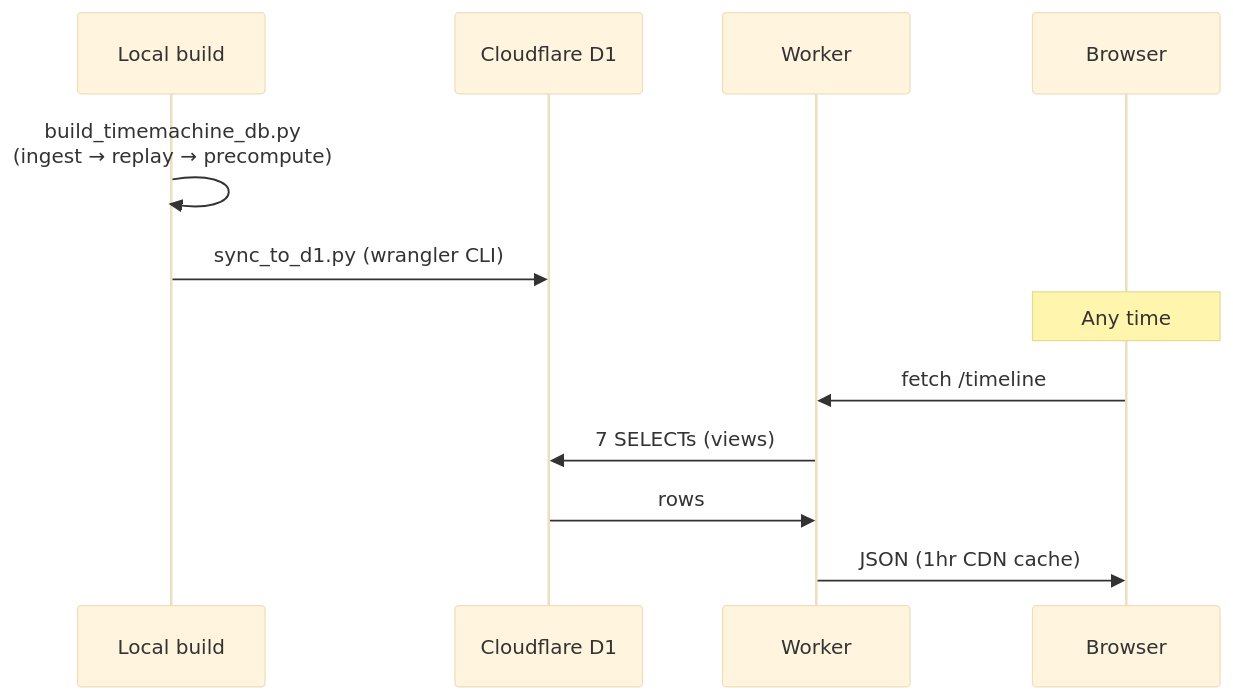
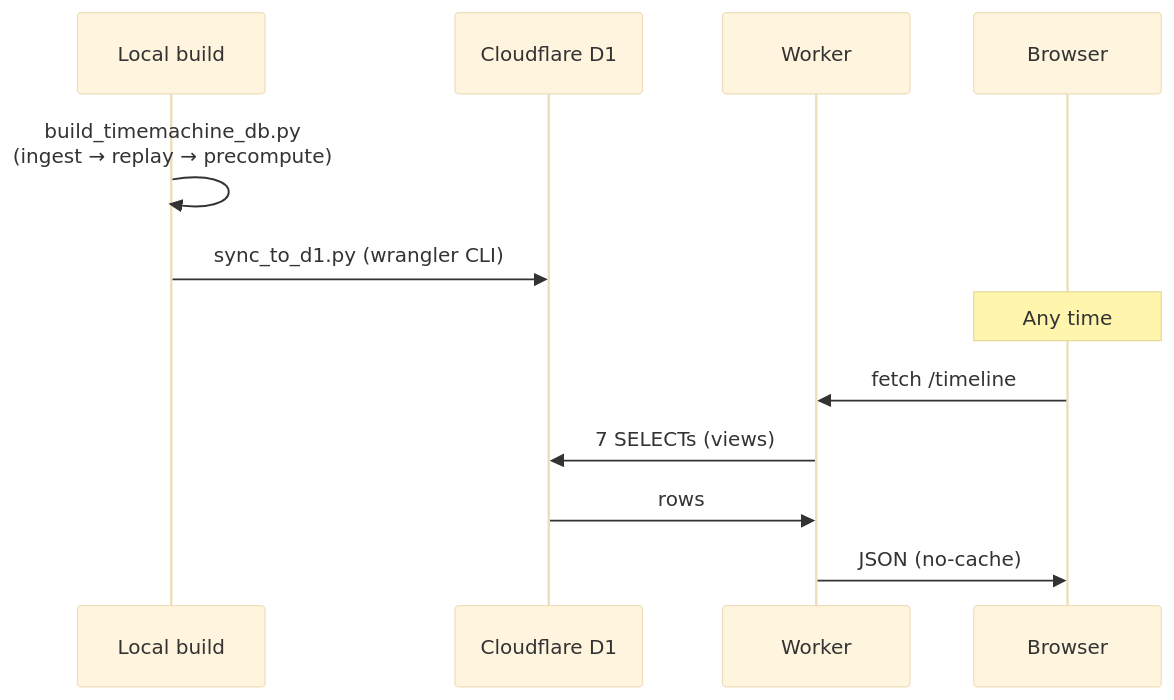
Before and after one commit to Guoyuer/portal: the second of 3 diagrams in README.md, drawn with Mermaid (base theme). The commit also changed other lines of this file and 3 other files, not shown here.

First line of the commit message:
chore: add Dependabot, update architecture diagram, revert ESLint 10

````diff
--- a/README.md
+++ b/README.md
@@ -48,16 +55,16 @@
 ```mermaid
 sequenceDiagram
     participant Local as Local build
     participant D1 as Cloudflare D1
     participant Worker as Worker
     participant User as Browser
 
     Local->>Local: build_timemachine_db.py<br/>(ingest → replay → precompute)
     Local->>D1: sync_to_d1.py (wrangler CLI)
 
     Note over User: Any time
     User->>Worker: fetch /timeline
     Worker->>D1: 7 SELECTs (views)
     D1->>Worker: rows
-    Worker->>User: JSON (1hr CDN cache)
+    Worker->>User: JSON (no-cache)
 ```
````
